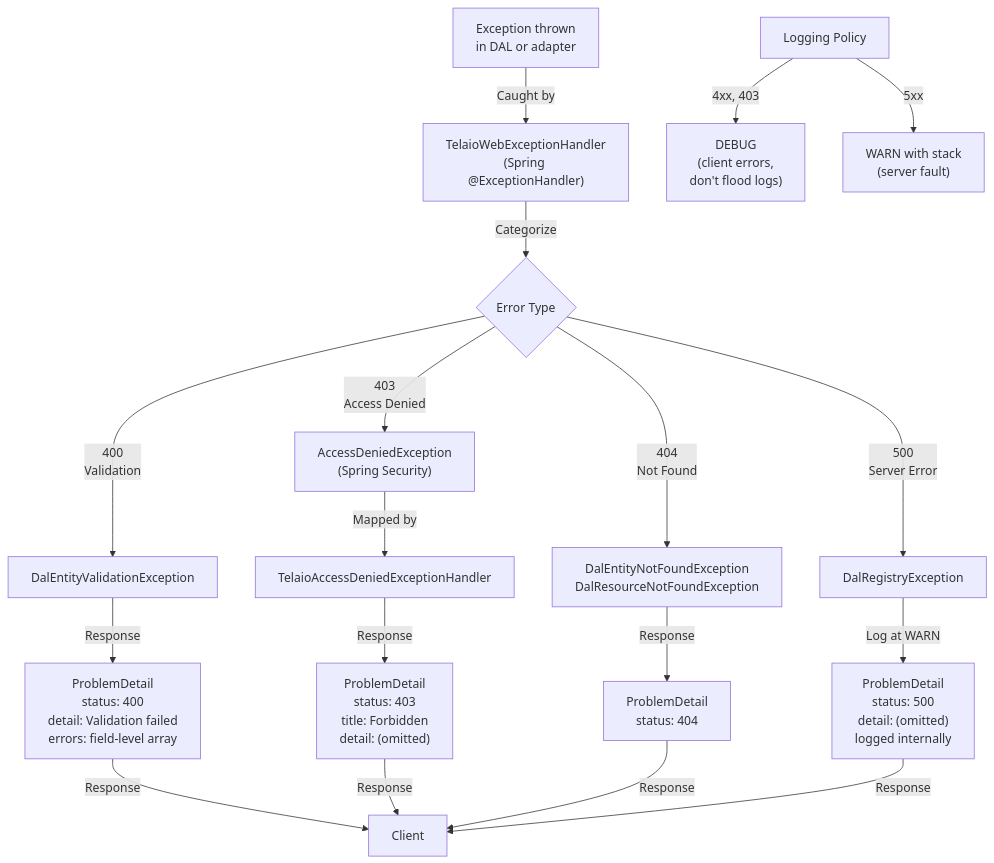
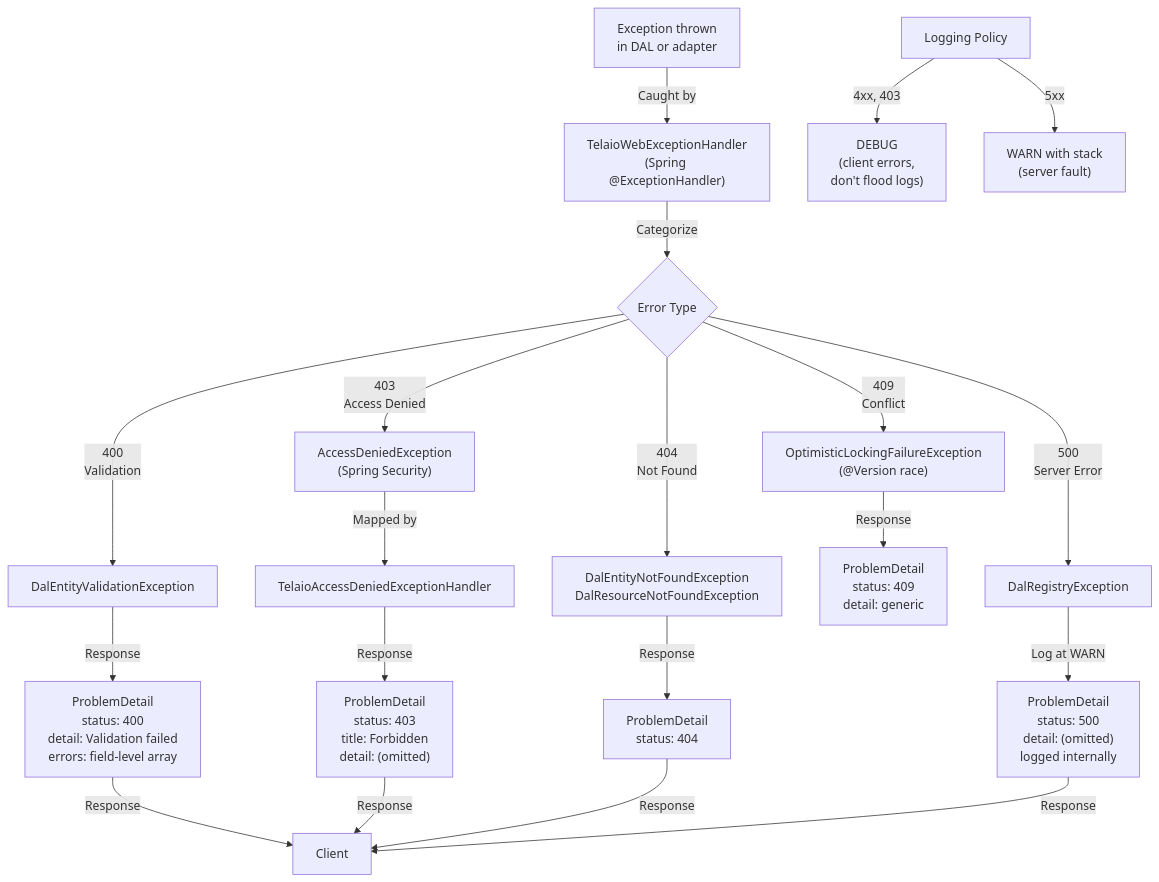
Before and after one commit to marcopag90/telaio: the eighth of 8 diagrams in docs/architecture.md, drawn with Mermaid. The commit also changed other lines of this file and 3 other files, not shown here.

````diff
--- a/docs/architecture.md
+++ b/docs/architecture.md
@@ -269,20 +270,22 @@
 ```mermaid
 graph TD
     A["Exception thrown<br/>in DAL or adapter"] -->|Caught by| B["TelaioWebExceptionHandler<br/>(Spring @ExceptionHandler)"]
     B -->|Categorize| C{Error Type}
     C -->|400<br/>Validation| D["DalEntityValidationException"]
     D -->|Response| E["ProblemDetail<br/>status: 400<br/>detail: Validation failed<br/>errors: field-level array"]
     C -->|403<br/>Access Denied| F["AccessDeniedException<br/>(Spring Security)"]
     F -->|Mapped by| G["TelaioAccessDeniedExceptionHandler"]
     G -->|Response| H["ProblemDetail<br/>status: 403<br/>title: Forbidden<br/>detail: (omitted)"]
     C -->|404<br/>Not Found| I["DalEntityNotFoundException<br/>DalResourceNotFoundException"]
     I -->|Response| J["ProblemDetail<br/>status: 404"]
+    C -->|409<br/>Conflict| P["OptimisticLockingFailureException<br/>(@Version race)"]
+    P -->|Response| Q["ProblemDetail<br/>status: 409<br/>detail: generic"]
     C -->|500<br/>Server Error| K["DalRegistryException"]
     K -->|Log at WARN| L["ProblemDetail<br/>status: 500<br/>detail: (omitted)<br/>logged internally"]
     M["Logging Policy"] -->|4xx, 403| N["DEBUG<br/>(client errors,<br/>don't flood logs)"]
     M -->|5xx| O["WARN with stack<br/>(server fault)"]
     E -->|Response| Z["Client"]
     H -->|Response| Z
     J -->|Response| Z
     L -->|Response| Z
 ```
````
